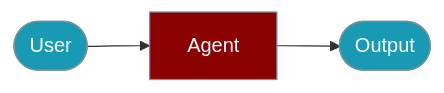
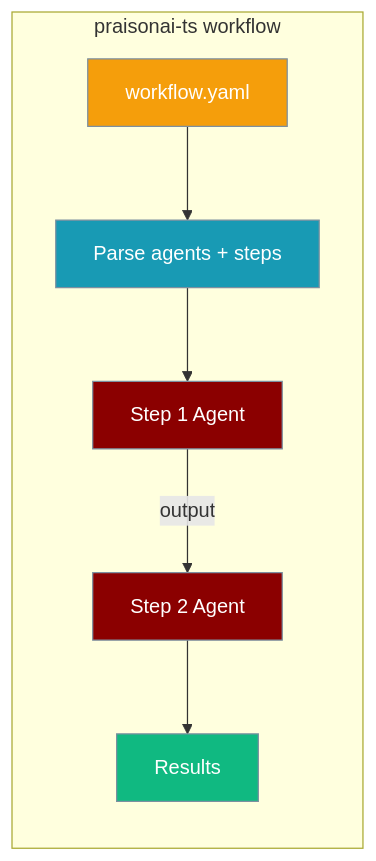
One commit to MervinPraison/PraisonAIDocs changed the first of 3 diagrams in docs/js/workflows-cli.mdx. Above: the diagram before and after it, drawn with Mermaid. The commit also changed other lines of this file, not shown here.

First line of the commit message:
docs: update praisonai-ts workflow CLI page for shipped executor (fixes #3924)

````diff
--- a/docs/js/workflows-cli.mdx
+++ b/docs/js/workflows-cli.mdx
@@ -9,13 +10,19 @@
 ```mermaid
 graph LR
-    User([User]) --> Agent[Agent]
-    Agent --> Output([Output])
+    subgraph "praisonai-ts workflow"
+        YAML["workflow.yaml"] --> Parse["Parse agents + steps"]
+        Parse --> Step1["Step 1 Agent"]
+        Step1 -->|output| Step2["Step 2 Agent"]
+        Step2 --> Out["Results"]
+    end
 
+    classDef file fill:#F59E0B,stroke:#7C90A0,color:#fff
+    classDef parse fill:#189AB4,stroke:#7C90A0,color:#fff
     classDef agent fill:#8B0000,stroke:#7C90A0,color:#fff
-    classDef tool fill:#189AB4,stroke:#7C90A0,color:#fff
+    classDef out fill:#10B981,stroke:#7C90A0,color:#fff
 
-    class Agent agent
-    class User,Output tool
-    classDef agent fill:#8B0000,color:#fff
-    classDef tool fill:#189AB4,color:#fff
+    class YAML file
+    class Parse parse
+    class Step1,Step2 agent
+    class Out out
 ```
````
